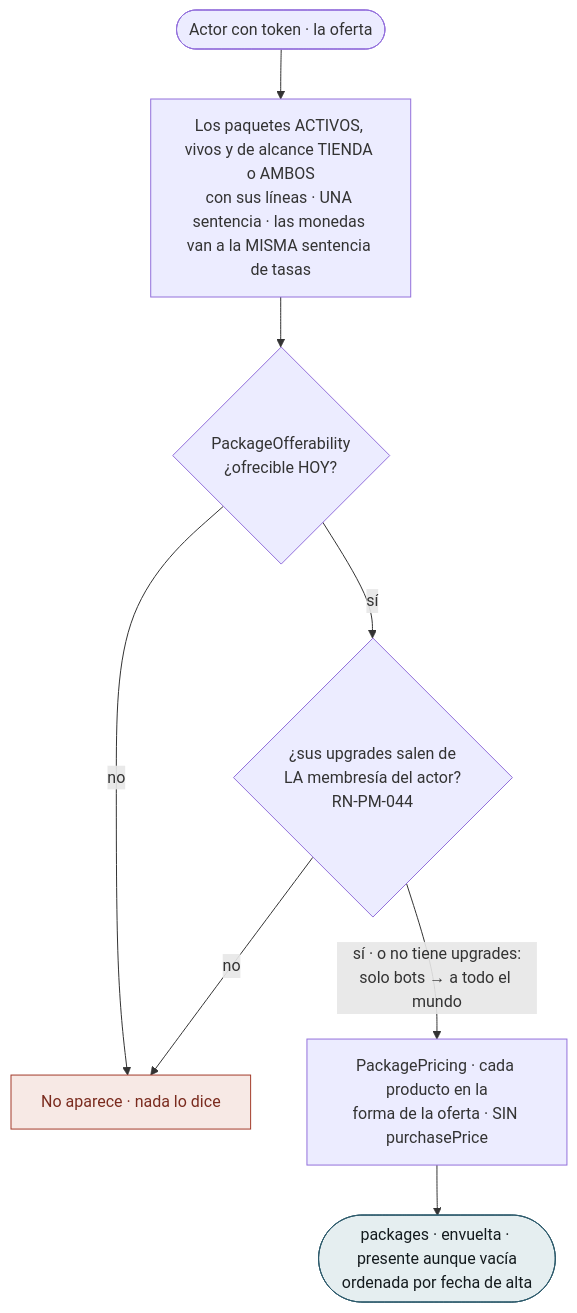
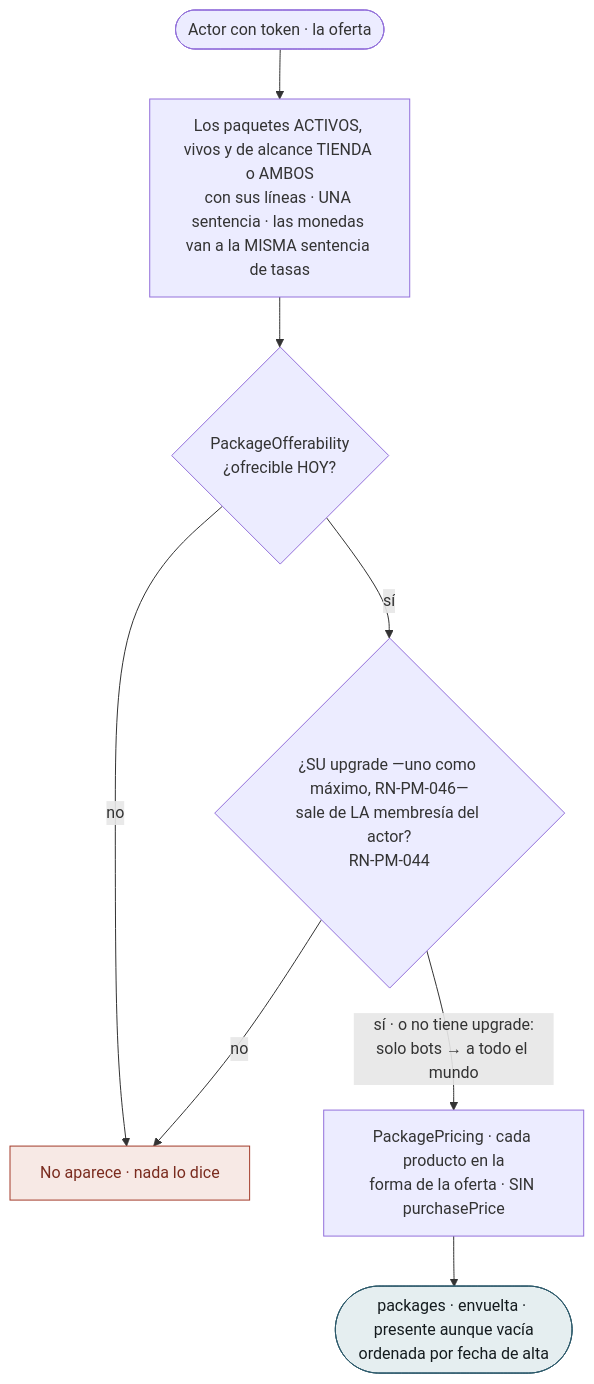
Before and after one commit to NexusPro-Dev/backend: diagram 18 of 18 in docs/flujos/pm/flujos-por-caso.md, drawn with Mermaid. The commit also changed other lines of this file and 22 other files, not shown here.

````diff
--- a/docs/flujos/pm/flujos-por-caso.md
+++ b/docs/flujos/pm/flujos-por-caso.md
@@ -602,16 +602,16 @@
 ```mermaid
 flowchart TD
     A(["Actor con token · la oferta"])
     A --> Q["Los paquetes ACTIVOS, vivos y de alcance TIENDA o AMBOS<br/>con sus líneas · UNA sentencia · las monedas van a la MISMA sentencia de tasas"]
     Q --> O{"PackageOfferability<br/>¿ofrecible HOY?"}
     O -->|no| OUT["No aparece · nada lo dice"]
-    O -->|"sí"| M{"¿sus upgrades salen de<br/>LA membresía del actor?<br/>RN-PM-044"}
+    O -->|"sí"| M{"¿SU upgrade —uno como máximo, RN-PM-046—<br/>sale de LA membresía del actor?<br/>RN-PM-044"}
     M -->|"no"| OUT
-    M -->|"sí · o no tiene upgrades:<br/>solo bots → a todo el mundo"| C["PackagePricing · cada producto en la<br/>forma de la oferta · SIN purchasePrice"]
+    M -->|"sí · o no tiene upgrade:<br/>solo bots → a todo el mundo"| C["PackagePricing · cada producto en la<br/>forma de la oferta · SIN purchasePrice"]
     C --> FIN(["packages · envuelta · presente aunque vacía<br/>ordenada por fecha de alta"])
 
     classDef mal fill:#F7E9E5,stroke:#A33B2A,color:#7A2B1E
     classDef ok fill:#E5EEF0,stroke:#2D5A6B,color:#141B1E
     class OUT mal
     class FIN ok
 ```
````
